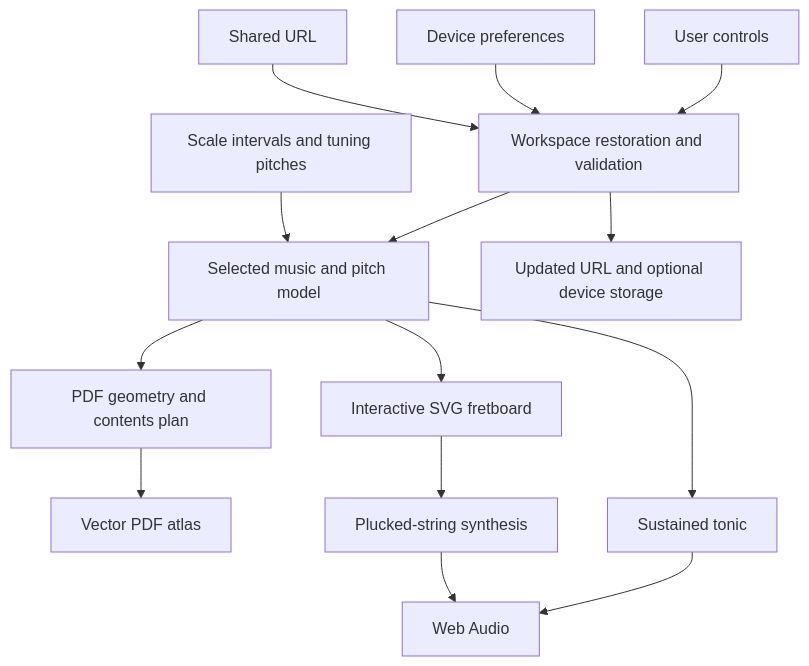
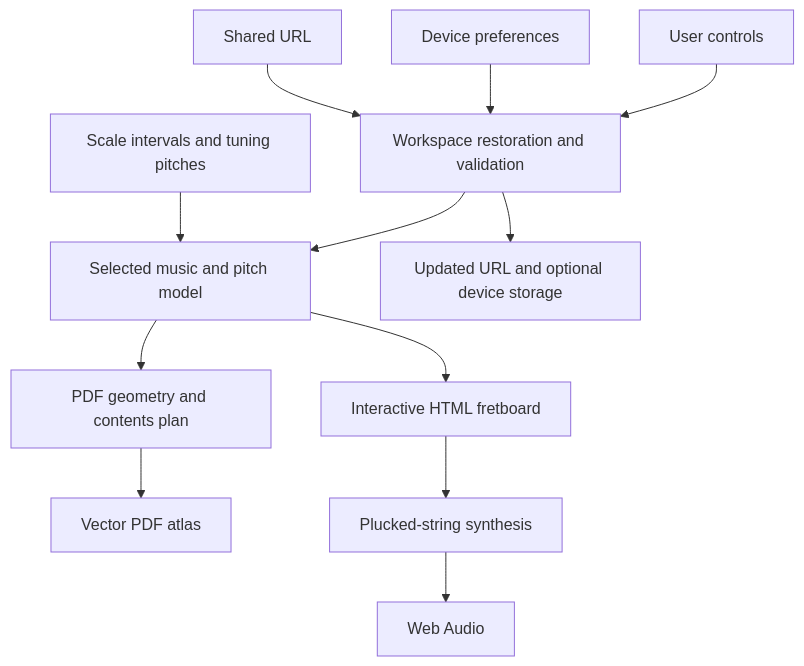
Before and after one commit to lucasmkrx/scales: the diagram in docs/architecture.md, drawn with Mermaid. The commit also changed other lines of this file and 66 other files, not shown here.

````diff
--- a/docs/architecture.md
+++ b/docs/architecture.md
@@ -9,16 +9,14 @@
 ```mermaid
 flowchart TD
     URL[Shared URL] --> State[Workspace restoration and validation]
     Device[Device preferences] --> State
     UI[User controls] --> State
     Catalog[Scale intervals and tuning pitches] --> Music[Selected music and pitch model]
     State --> Music
-    Music --> SVG[Interactive SVG fretboard]
+    Music --> Board[Interactive HTML fretboard]
     Music --> Layout[PDF geometry and contents plan]
     Layout --> PDF[Vector PDF atlas]
-    SVG --> Synth[Plucked-string synthesis]
-    Music --> Tonic[Sustained tonic]
+    Board --> Synth[Plucked-string synthesis]
     Synth --> Audio[Web Audio]
-    Tonic --> Audio
     State --> Saved[Updated URL and optional device storage]
 ```
````
